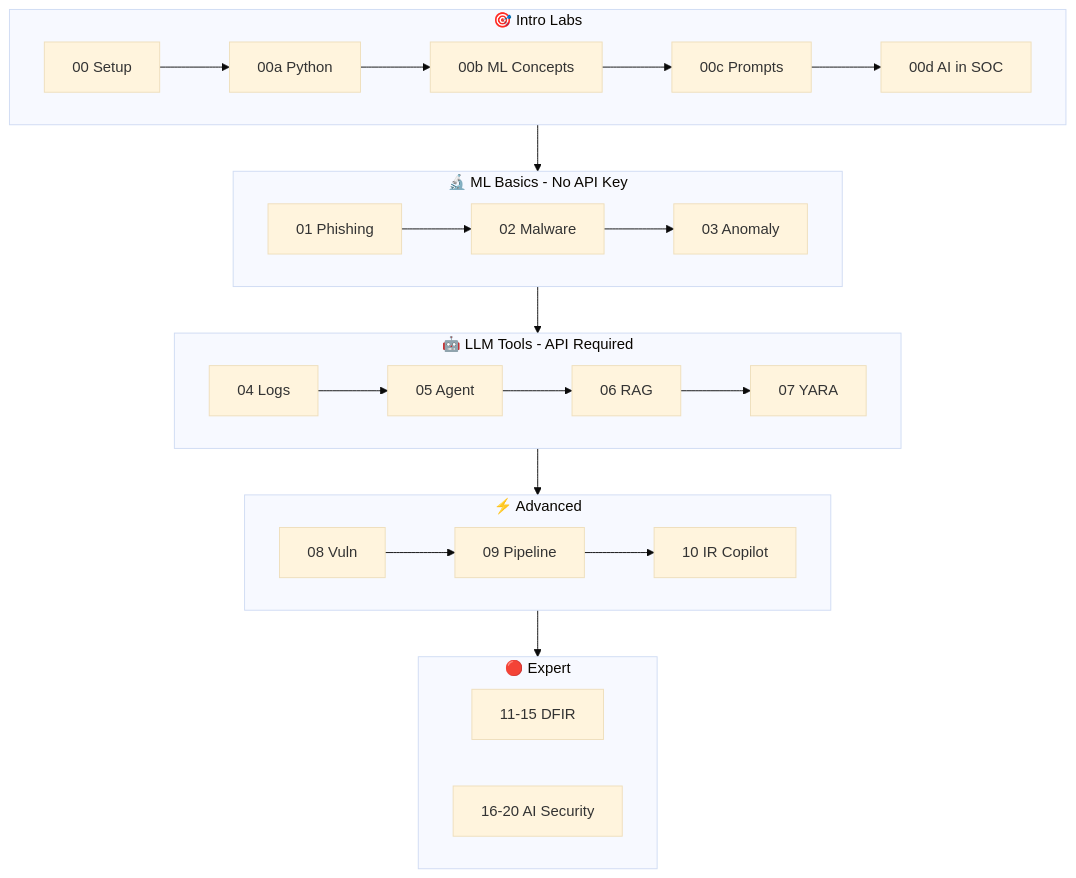
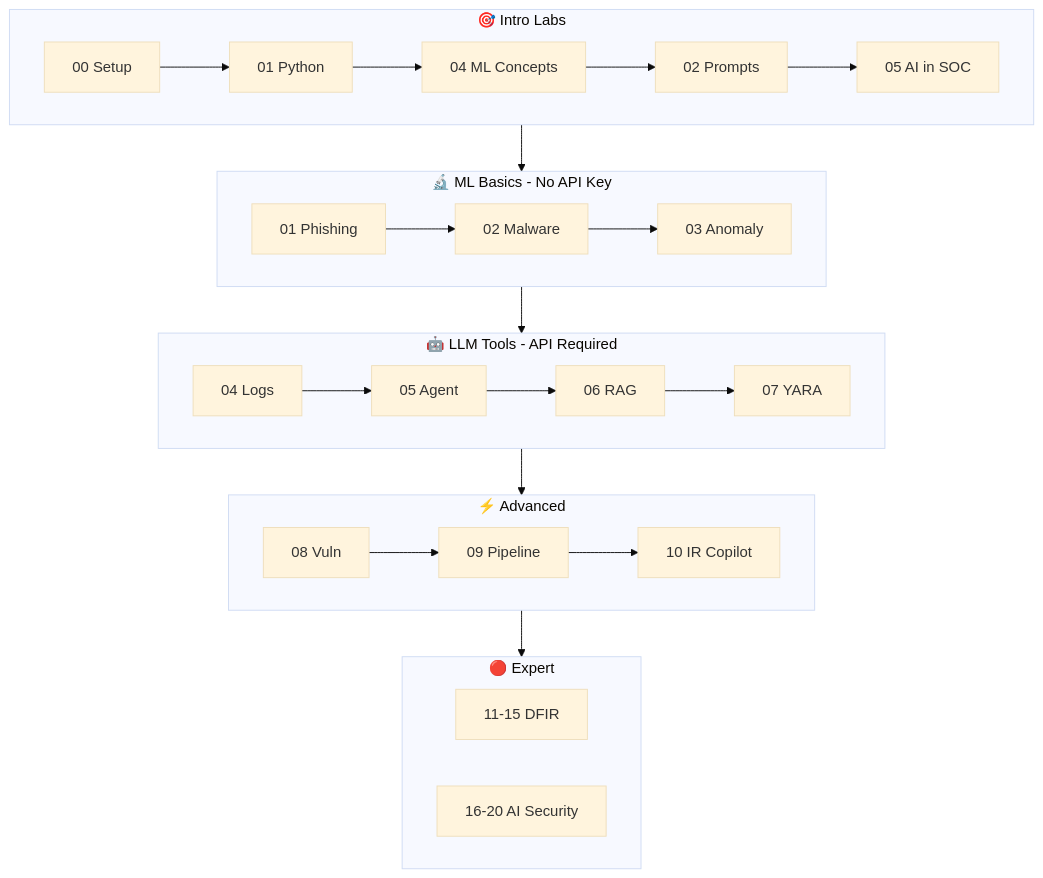
Before and after one commit to depalmar/ai_for_the_win: the first of 2 diagrams in docs/ARCHITECTURE.md, drawn with Mermaid (base theme). The commit also changed other lines of this file and 422 other files, not shown here.

````diff
--- a/docs/ARCHITECTURE.md
+++ b/docs/ARCHITECTURE.md
@@ -37,35 +37,35 @@
 ```mermaid
 flowchart TB
     subgraph intro [🎯 Intro Labs]
-        A00[00 Setup] --> A00a[00a Python]
-        A00a --> A00b[00b ML Concepts]
-        A00b --> A00c[00c Prompts]
-        A00c --> A00d[00d AI in SOC]
+        A00[00 Setup] --> A00a[01 Python]
+        A00a --> A00b[04 ML Concepts]
+        A00b --> A00c[02 Prompts]
+        A00c --> A00d[05 AI in SOC]
     end
 
     subgraph ml [🔬 ML Basics - No API Key]
         B01[01 Phishing] --> B02[02 Malware]
         B02 --> B03[03 Anomaly]
     end
 
     subgraph llm [🤖 LLM Tools - API Required]
         C04[04 Logs] --> C05[05 Agent]
         C05 --> C06[06 RAG]
         C06 --> C07[07 YARA]
     end
 
     subgraph adv [⚡ Advanced]
         D08[08 Vuln] --> D09[09 Pipeline]
         D09 --> D10[10 IR Copilot]
     end
 
     subgraph expert [🔴 Expert]
         E11[11-15 DFIR]
         E16[16-20 AI Security]
     end
 
     intro --> ml
     ml --> llm
     llm --> adv
     adv --> expert
 ```
````
